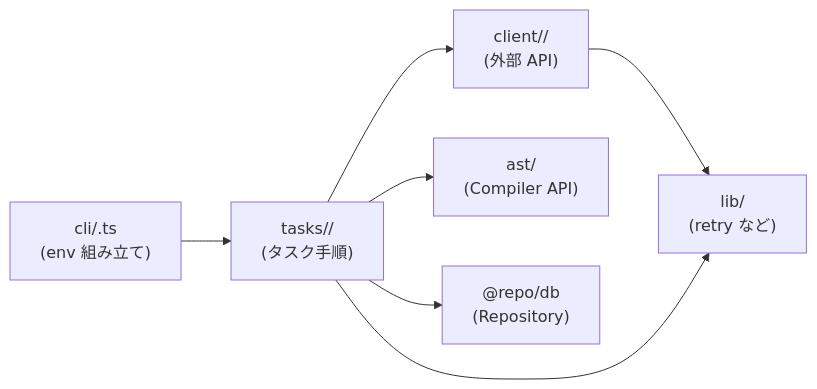
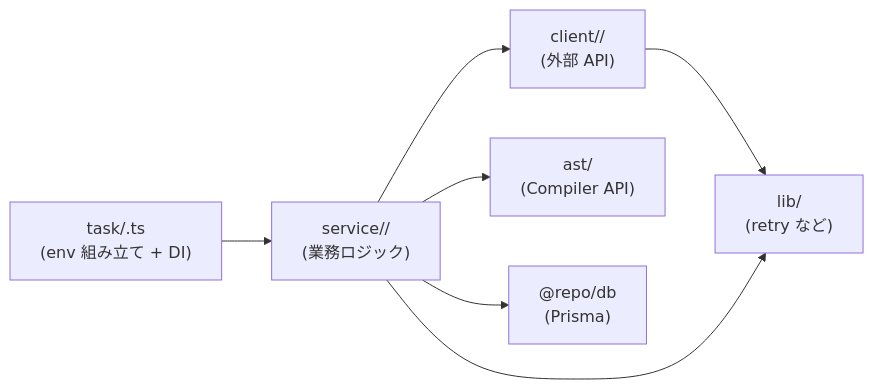
The diagram in apps/cron/README.md (kentakki416/typing-royale), drawn with Mermaid before and after one commit. The commit also changed other lines of this file and 9 other files, not shown here.

First line of the commit message:
refactor(cron): cli/ を task/ にリネーム + service 層を導入する設計に変更

````diff
--- a/apps/cron/README.md
+++ b/apps/cron/README.md
@@ -81,9 +92,9 @@
 ```mermaid
 flowchart LR
-  cli["cli/<task>.ts<br/>(env 組み立て)"] --> tasks["tasks/<name>/<br/>(タスク手順)"]
-  tasks --> client["client/<service>/<br/>(外部 API)"]
-  tasks --> ast["ast/<br/>(Compiler API)"]
-  tasks --> db["@repo/db<br/>(Repository)"]
+  task["task/<name>.ts<br/>(env 組み立て + DI)"] --> service["service/<domain>/<br/>(業務ロジック)"]
+  service --> client["client/<service>/<br/>(外部 API)"]
+  service --> ast["ast/<br/>(Compiler API)"]
+  service --> db["@repo/db<br/>(Prisma)"]
   client --> lib["lib/<br/>(retry など)"]
-  tasks --> lib
+  service --> lib
 ```
````
